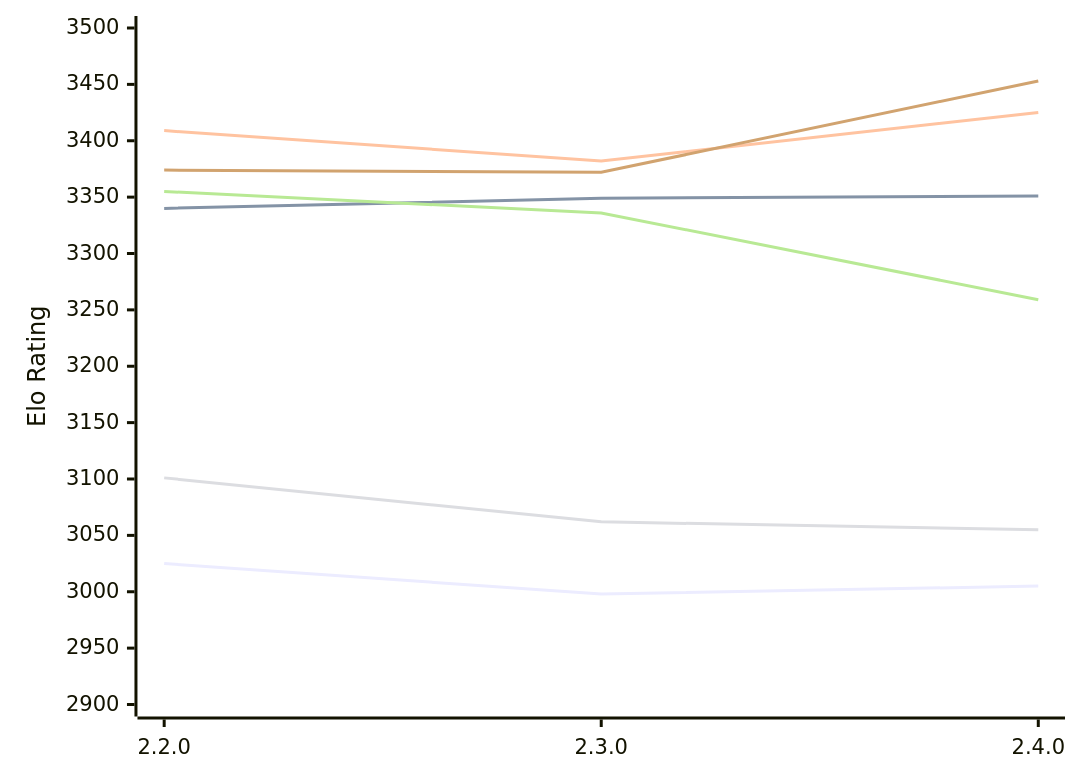
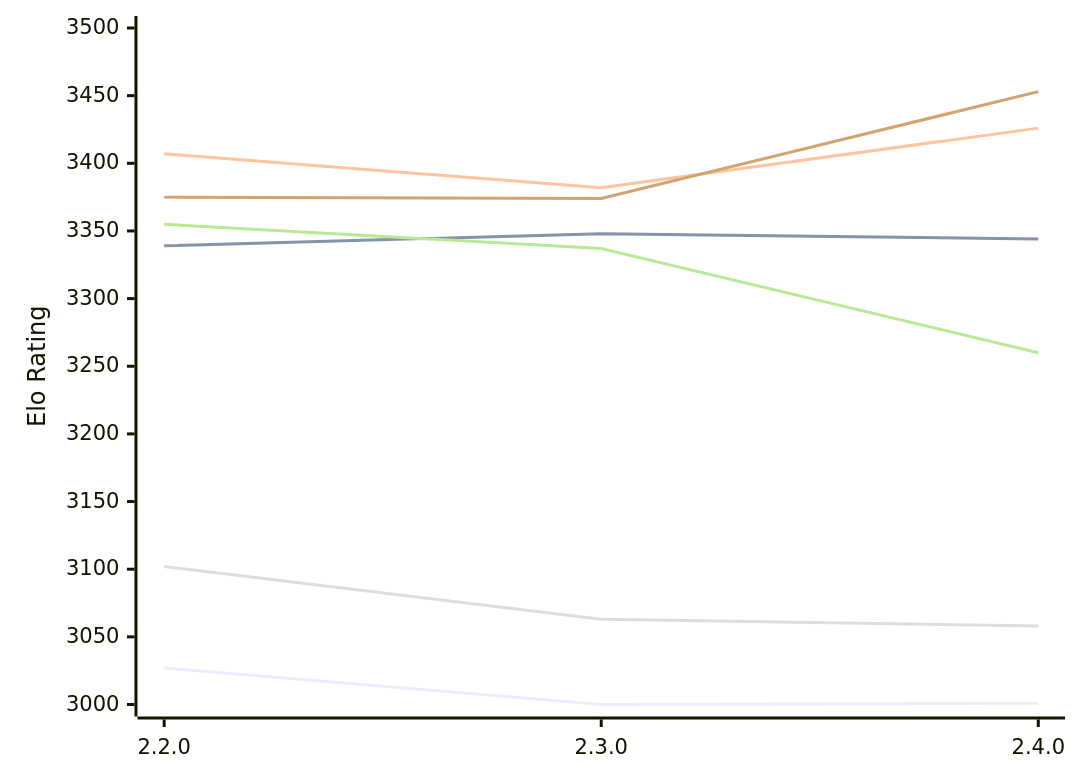
One commit to computer-chess-index/cci changed the diagram in engines/Endspiel.md. Above: the diagram before and after it, drawn with Mermaid. The commit also changed other lines of this file, not shown here.

Commit message:
Update CCI Ratings (ELO VLTC) - 2026-11-27

````diff
--- a/engines/Endspiel.md
+++ b/engines/Endspiel.md
@@ -51,12 +51,12 @@
 ```mermaid
 %%{init: {"theme":"base","themeVariables":{"seriesColors:['#a3a3a3','#222221','#faa371']}}}%%
 xychart-beta
   x-axis ["2.2.0", "2.3.0", "2.4.0"]
-  y-axis "Elo Rating" 2900 --> 3500
-  line "E1: STC (8.0+0.08s)" [3025, 2998, 3005]
-  line "E1: LTC (60.0+0.60s)" [3340, 3349, 3351]
-  line "E1: VLTC (2m24s+1.12s)" [3409, 3382, 3425]
-  line "P1: STC (8.0+0.08s)" [3101, 3062, 3055]
-  line "P1: LTC (60.0+0.60s)" [3355, 3336, 3259]
-  line "P1: VLTC (2m24s+1.12s)" [3374, 3372, 3453]
+  y-axis "Elo Rating" 3000 --> 3500
+  line "E1: STC (8.0+0.08s)" [3027, 3000, 3001]
+  line "E1: LTC (60.0+0.60s)" [3339, 3348, 3344]
+  line "E1: VLTC (2m24s+1.12s)" [3407, 3382, 3426]
+  line "P1: STC (8.0+0.08s)" [3102, 3063, 3058]
+  line "P1: LTC (60.0+0.60s)" [3355, 3337, 3260]
+  line "P1: VLTC (2m24s+1.12s)" [3375, 3374, 3453]
 ```
````
